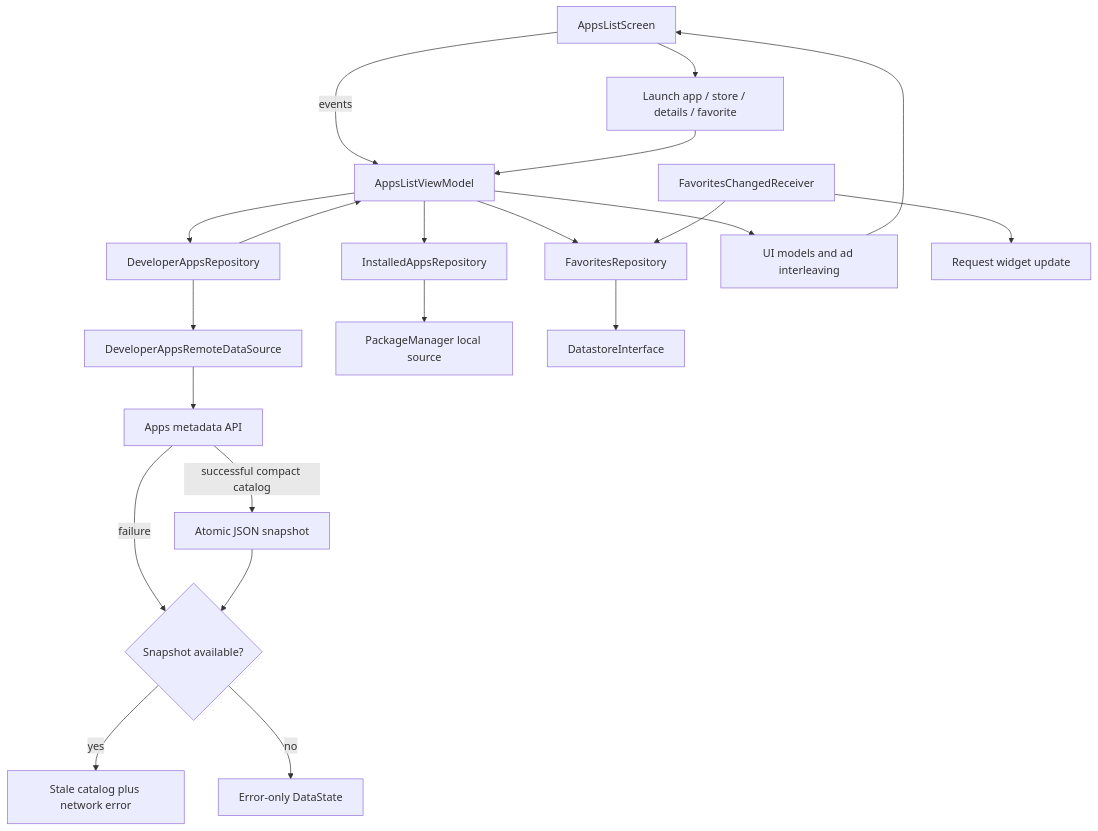
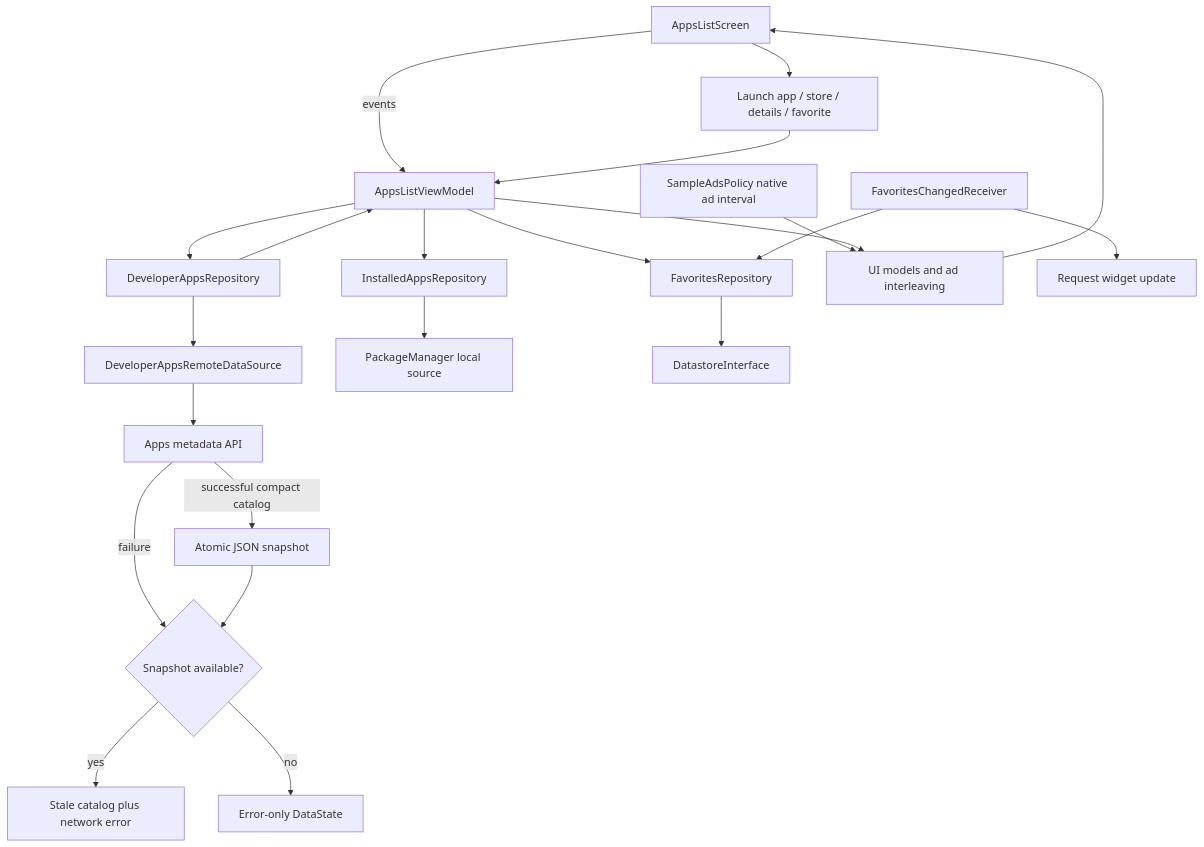
The diagram in sample/feature/apps/README.md (MihaiCristianCondrea/App-Toolkit-for-Android), drawn with Mermaid before and after one commit. The commit also changed other lines of this file and 53 other files, not shown here.

````diff
--- a/sample/feature/apps/README.md
+++ b/sample/feature/apps/README.md
@@ -40,23 +40,24 @@
 ```mermaid
 flowchart TD
     Screen[AppsListScreen] -->|events| VM[AppsListViewModel]
     VM --> Developer[DeveloperAppsRepository]
     Developer --> Remote[DeveloperAppsRemoteDataSource]
     Remote --> Api[Apps metadata API]
     Api -->|successful compact catalog| Cache[Atomic JSON snapshot]
     Api -->|failure| Fallback{Snapshot available?}
     Cache --> Fallback
     Fallback -->|yes| Stale[Stale catalog plus network error]
     Fallback -->|no| Error[Error-only DataState]
     Developer --> VM
     VM --> Installed[InstalledAppsRepository]
     Installed --> Packages[PackageManager local source]
     VM --> Favorites[FavoritesRepository]
     Favorites --> Store[DatastoreInterface]
+    Policy[SampleAdsPolicy native ad interval] --> Items
     VM --> Items[UI models and ad interleaving]
     Items --> Screen
     Screen --> Actions[Launch app / store / details / favorite]
     Actions --> VM
     Receiver[FavoritesChangedReceiver] --> Favorites
     Receiver --> Widget[Request widget update]
 ```
````
